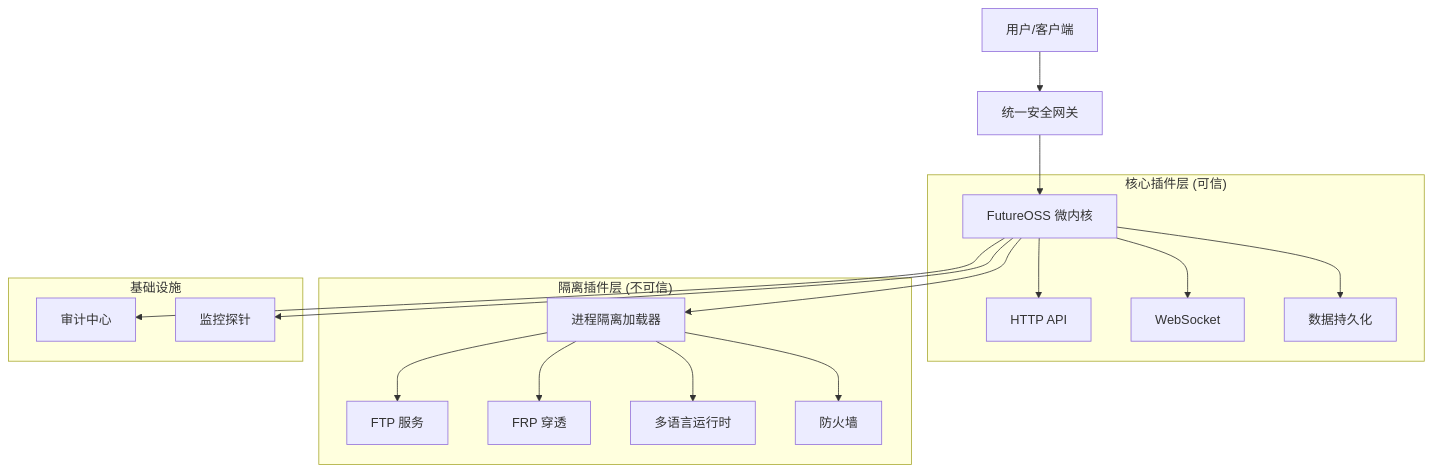
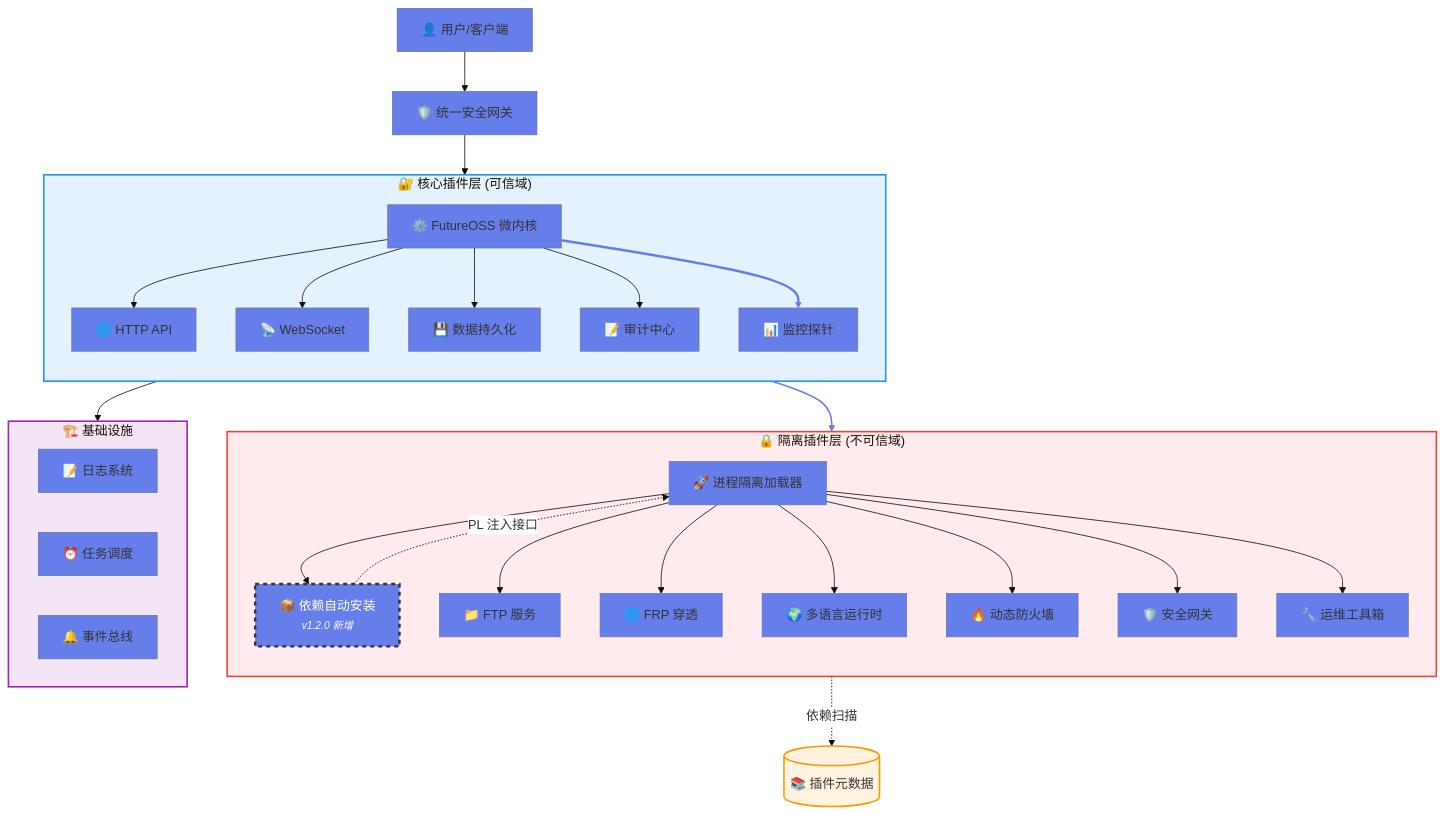
The first of 2 diagrams in README.md (Starlight-apk/FutureOSS), drawn with Mermaid before and after one commit. The commit also changed other lines of this file and 102 other files, not shown here.

````diff
--- a/README.md
+++ b/README.md
@@ -44,24 +214,47 @@
 ```mermaid
-graph TD
-    User[用户/客户端] --> Gateway[统一安全网关]
-    Gateway --> Core[FutureOSS 微内核]
+%%{init: {'theme': 'base', 'themeVariables': { 'primaryColor': '#667eea', 'edgeLabelBackground':'#fff', 'tertiaryColor': '#e3f2fd'}}}%%
+graph TB
+    User[👤 用户/客户端] --> Gateway[🛡️ 统一安全网关]
+    Gateway --> Core[⚙️ FutureOSS 微内核]
     
-    subgraph "核心插件层 (可信)"
-        Core --> HTTP[HTTP API]
-        Core --> WS[WebSocket]
-        Core --> DB[数据持久化]
+    subgraph CoreLayer["🔐 核心插件层 (可信域)"]
+        direction TB
+        Core --> HTTP[🌐 HTTP API]
+        Core --> WS[📡 WebSocket]
+        Core --> DB[💾 数据持久化]
+        Core --> Audit[📝 审计中心]
+        Core --> Monitor[📊 监控探针]
     end
     
-    subgraph "隔离插件层 (不可信)"
-        Core --> Isolator[进程隔离加载器]
-        Isolator --> P1[FTP 服务]
-        Isolator --> P2[FRP 穿透]
-        Isolator --> P3[多语言运行时]
-        Isolator --> P4[防火墙]
+    subgraph IsolatedLayer["🔒 隔离插件层 (不可信域)"]
+        direction TB
+        Core --> Isolator[🚀 进程隔离加载器]
+        
+        Isolator --> AutoDep[📦 依赖自动安装<br/><i style='font-size:0.8em'>v1.2.0 新增</i>]
+        Isolator --> FTP[📁 FTP 服务]
+        Isolator --> FRP[🌐 FRP 穿透]
+        Isolator --> MultiLang[🌍 多语言运行时]
+        Isolator --> Firewall[🔥 动态防火墙]
+        Isolator --> SecurityGW[🛡️ 安全网关]
+        Isolator --> OpsTool[🔧 运维工具箱]
     end
     
-    subgraph "基础设施"
-        Core --> Audit[审计中心]
-        Core --> Monitor[监控探针]
+    subgraph Infra["🏗️ 基础设施"]
+        Logger[📝 日志系统]
+        Scheduler[⏰ 任务调度]
+        EventBus[🔔 事件总线]
     end
+    
+    Core --> Infra
+    AutoDep -.->|PL 注入接口 | Isolator
+    AutoDep -.->|依赖扫描 | PluginsDB[(📚 插件元数据)]
+    
+    style AutoDep fill:#667eea,stroke:#333,stroke-width:3px,color:#fff,stroke-dasharray: 5 5
+    style CoreLayer fill:#e3f2fd,stroke:#2196f3,stroke-width:2px
+    style IsolatedLayer fill:#ffebee,stroke:#f44336,stroke-width:2px
+    style Infra fill:#f3e5f5,stroke:#9c27b0,stroke-width:2px
+    style PluginsDB fill:#fff3e0,stroke:#ff9800,stroke-width:2px
+    
+    linkStyle 6 stroke:#667eea,stroke-width:3px,fill:none
+    linkStyle 7 stroke:#667eea,stroke-width:2px,fill:none
 ```
````
